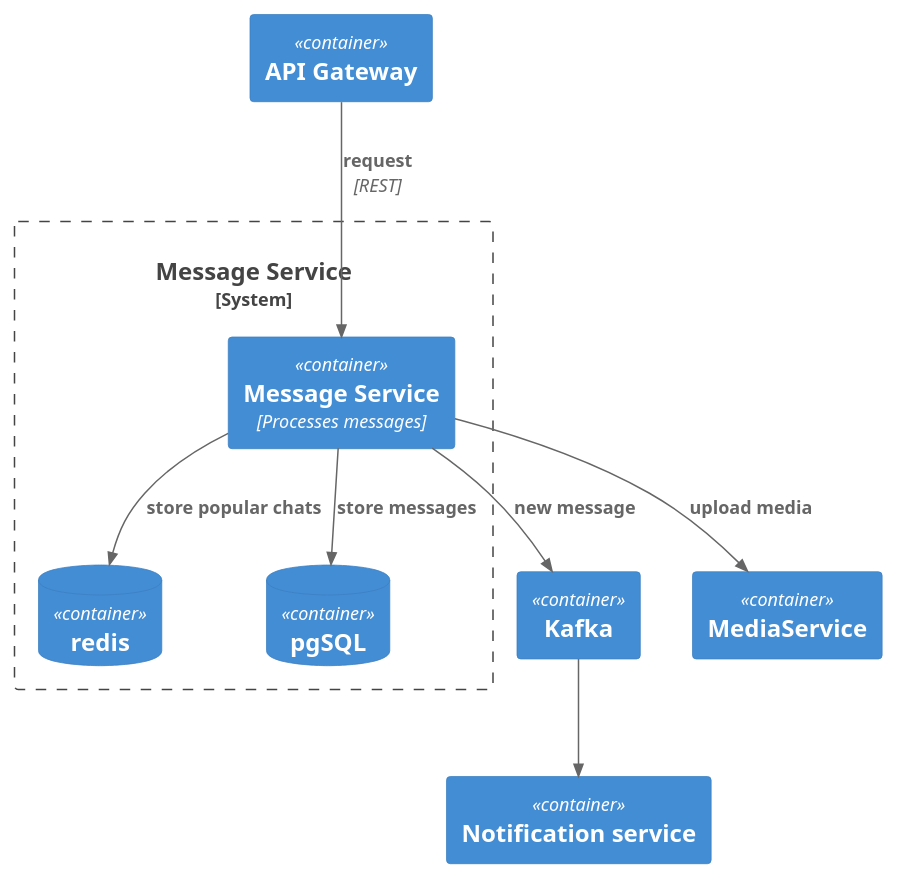
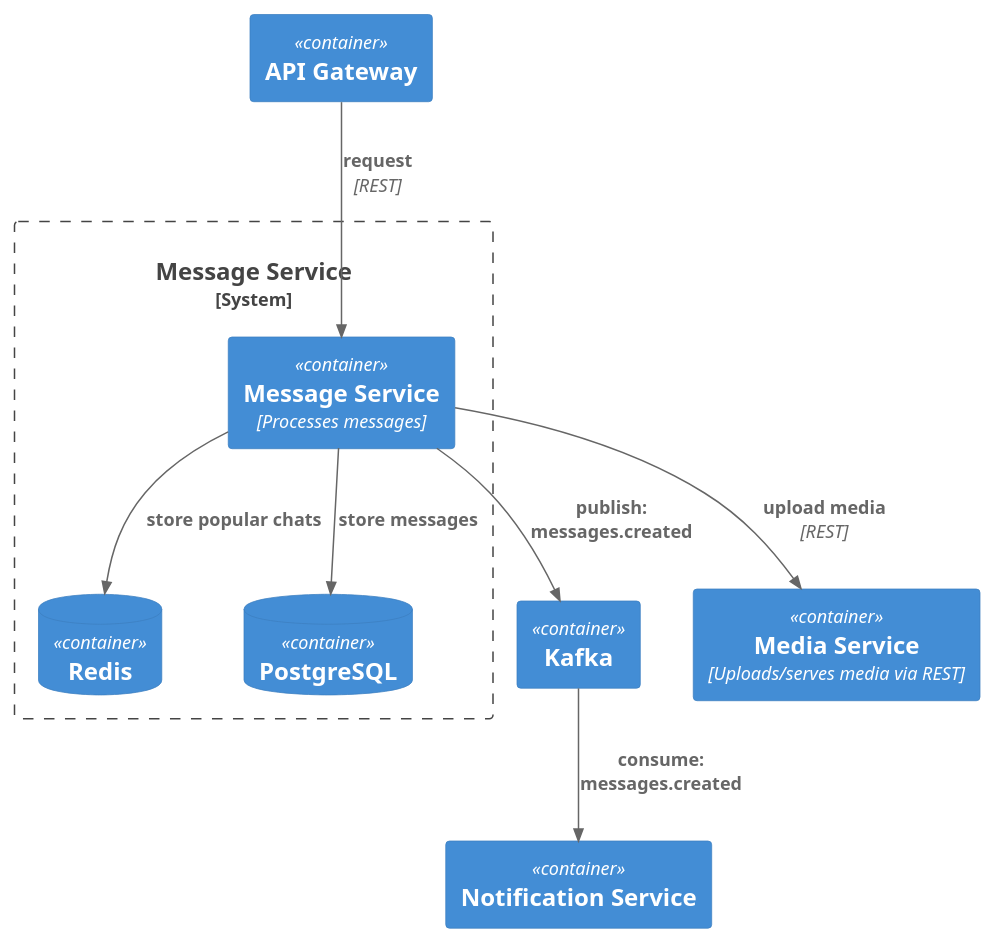
The fifth of 7 diagrams in architecture/README.md (MisyuraIlya/social_network_system_design), drawn with PlantUML before and after one commit. The commit also changed other lines of this file and 17 other files, not shown here.

```diff
--- a/architecture/README.md
+++ b/architecture/README.md
@@ -423,24 +420,22 @@
 @startuml
 !include <C4/C4_Container>
 
 Container(apiGateway, "API Gateway")
 Container(kafka, "Kafka", "")
-Container(s3, "MediaService", "")
-Container(notifycationService, "Notification service", "")
-
+Container(mediaService, "Media Service", "Uploads/serves media via REST")
+Container(notificationService, "Notification Service", "")
 
 System_Boundary(MessageSystem, "Message Service") {
     Container(MessageService, "Message Service", "Processes messages")
-    ContainerDb(redis, "redis")
-    ContainerDb(pgSQL, "pgSQL")
+    ContainerDb(redis, "Redis")
+    ContainerDb(pgSQL, "PostgreSQL")
 }
 
 Rel(apiGateway, MessageService, "request", "REST")
 Rel(MessageService, redis, "store popular chats")
 Rel(MessageService, pgSQL, "store messages")
-Rel(MessageService, s3, "upload media")
-Rel(MessageService, kafka, "new message")
-Rel(kafka, notifycationService, "")
-
+Rel(MessageService, mediaService, "upload media", "REST")
+Rel(MessageService, kafka, "publish: messages.created")
+Rel(kafka, notificationService, "consume: messages.created")
 
 @enduml
```
